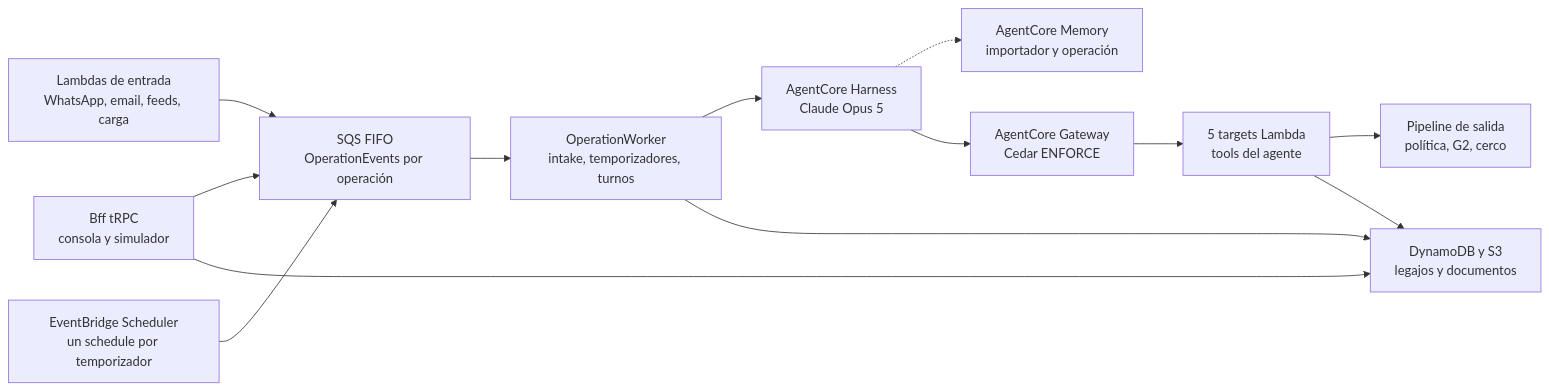
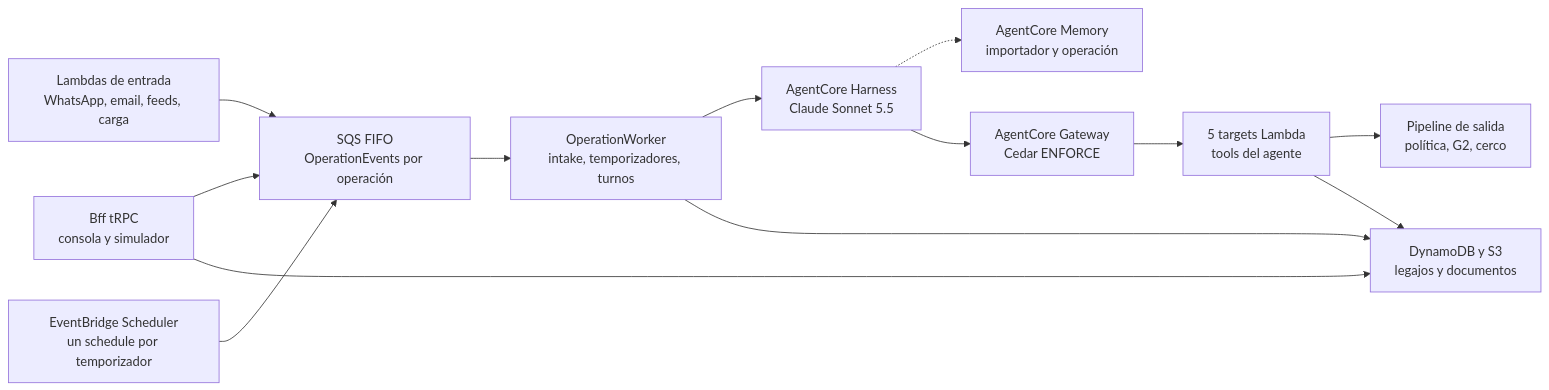
Before and after one commit to craftech-io/aws-cds-hackathon-poc-legajo: the second of 4 diagrams in docs/architecture.md, drawn with Mermaid. The commit also changed other lines of this file and 17 other files, not shown here.

Commit message:
Agent and Memory on Claude Sonnet 5.5 for latency (ADR-0018): tagged inference profile per model, rate card from the AWS price list

````diff
--- a/docs/architecture.md
+++ b/docs/architecture.md
@@ -126,26 +126,26 @@
 ```mermaid
 flowchart LR
   IN["Lambdas de entrada<br/>WhatsApp, email, feeds, carga"]
   BFF["Bff tRPC<br/>consola y simulador"]
   SCH["EventBridge Scheduler<br/>un schedule por temporizador"]
   Q["SQS FIFO<br/>OperationEvents por operación"]
   W["OperationWorker<br/>intake, temporizadores, turnos"]
-  H["AgentCore Harness<br/>Claude Opus 5"]
+  H["AgentCore Harness<br/>Claude Sonnet 5.5"]
   MEM["AgentCore Memory<br/>importador y operación"]
   GW["AgentCore Gateway<br/>Cedar ENFORCE"]
   T["5 targets Lambda<br/>tools del agente"]
   OUT["Pipeline de salida<br/>política, G2, cerco"]
   DATA["DynamoDB y S3<br/>legajos y documentos"]
   IN --> Q
   BFF --> Q
   SCH --> Q
   Q --> W
   W --> H
   H -.-> MEM
   H --> GW
   GW --> T
   T --> OUT
   W --> DATA
   T --> DATA
   BFF --> DATA
 ```
````
